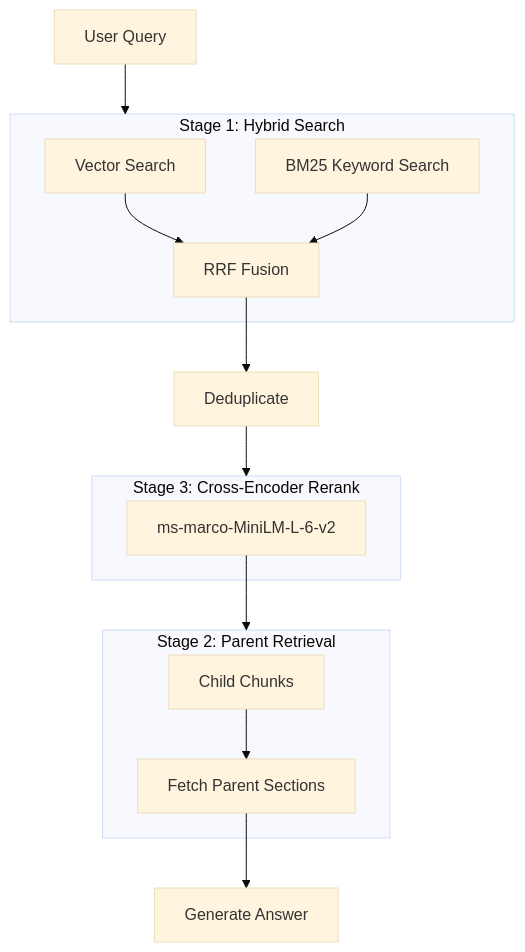
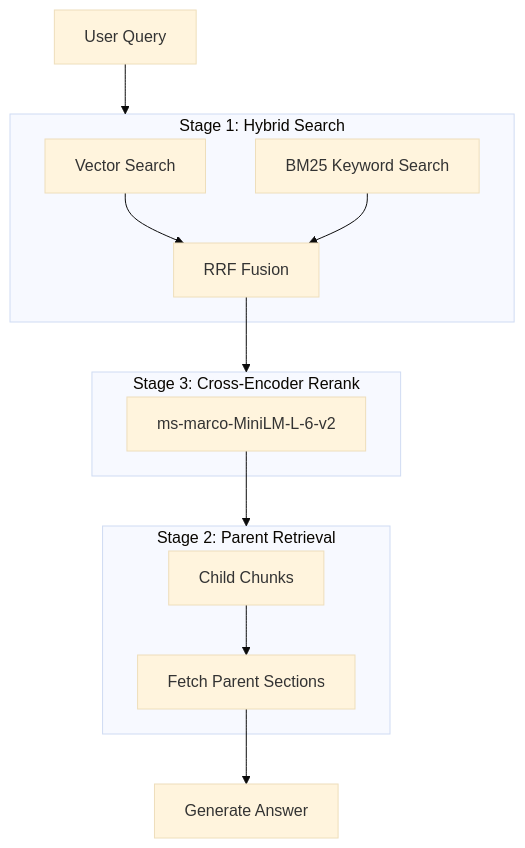
Before and after one commit to Vixen-77/RAG-implementation: the fifth of 5 diagrams in readme.md, drawn with Mermaid (base theme). The commit also changed 25 other files, not shown here.

````diff
--- a/readme.md
+++ b/readme.md
@@ -182,27 +182,26 @@
 ```mermaid
 flowchart TD
     Q[User Query] --> S1["Stage 1: Hybrid Search"]
     
     subgraph S1["Stage 1: Hybrid Search"]
         VS[Vector Search] 
         BM25[BM25 Keyword Search]
         RRF[RRF Fusion]
     end
     
     VS --> RRF
     BM25 --> RRF
-    RRF --> DEDUP[Deduplicate]
-    DEDUP --> S3["Stage 3: Rerank"]
+    RRF --> S3["Stage 3: Rerank"]
     
     subgraph S3["Stage 3: Cross-Encoder Rerank"]
         CE[ms-marco-MiniLM-L-6-v2]
     end
     
     CE --> S2["Stage 2: Parent Context"]
     
     subgraph S2["Stage 2: Parent Retrieval"]
         CHILD[Child Chunks] --> PARENT[Fetch Parent Sections]
     end
     
     PARENT --> LLM[Generate Answer]
 ```
````
